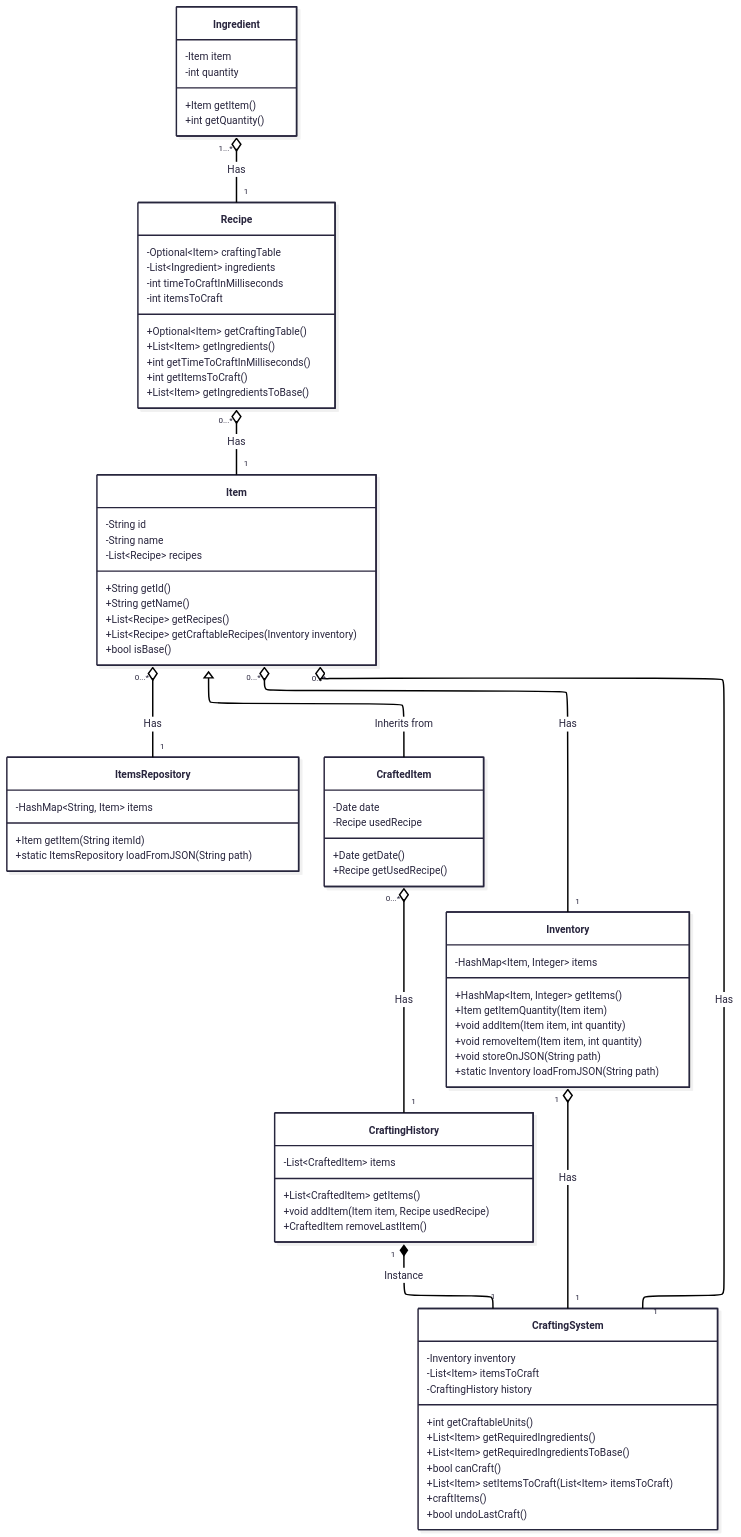
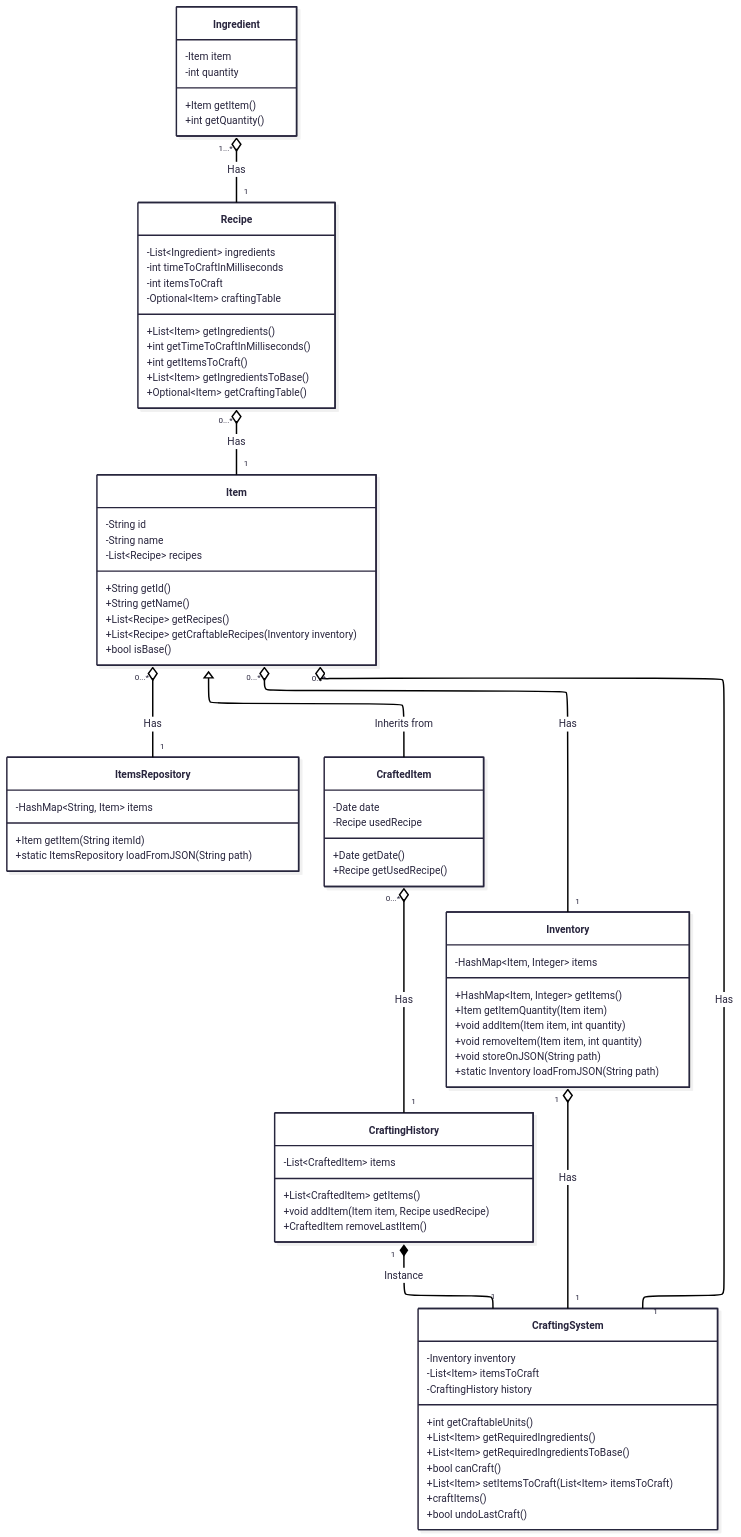
The first of 2 diagrams in README.md (hozlucas28/Java-Practical-Work-2025), drawn with Mermaid before and after one commit. The commit also changed other lines of this file, not shown here.

Commit message:
doc: change order of `craftingTable` attribute and getter method

```diff
--- a/README.md
+++ b/README.md
@@ -124,16 +124,16 @@
     }
 
     class Recipe {
-	    -Optional~Item~ craftingTable
 	    -List~Ingredient~ ingredients
 	    -int timeToCraftInMilliseconds
 	    -int itemsToCraft
+	    -Optional~Item~ craftingTable
 
-	    +Optional~Item~ getCraftingTable()
 	    +List~Item~ getIngredients()
 	    +int getTimeToCraftInMilliseconds()
 	    +int getItemsToCraft()
 	    +List~Item~ getIngredientsToBase()
+	    +Optional~Item~ getCraftingTable()
     }
 
     class Inventory {
```
